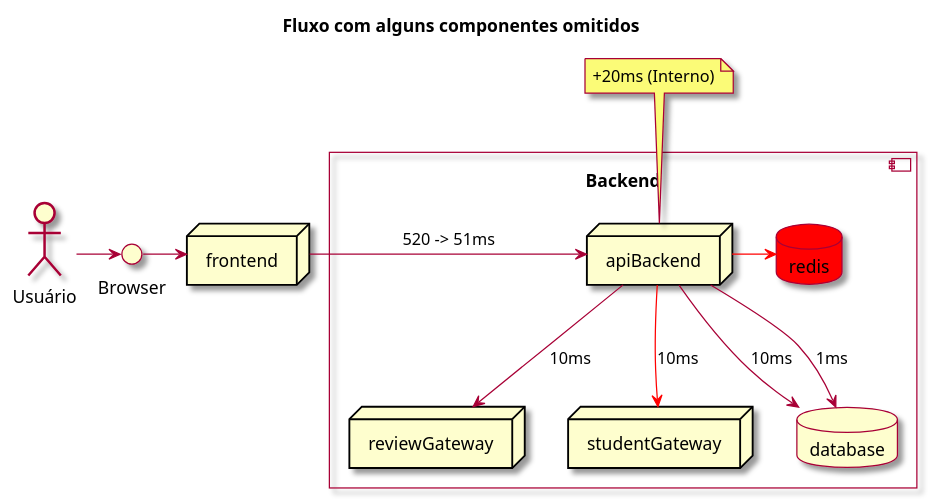
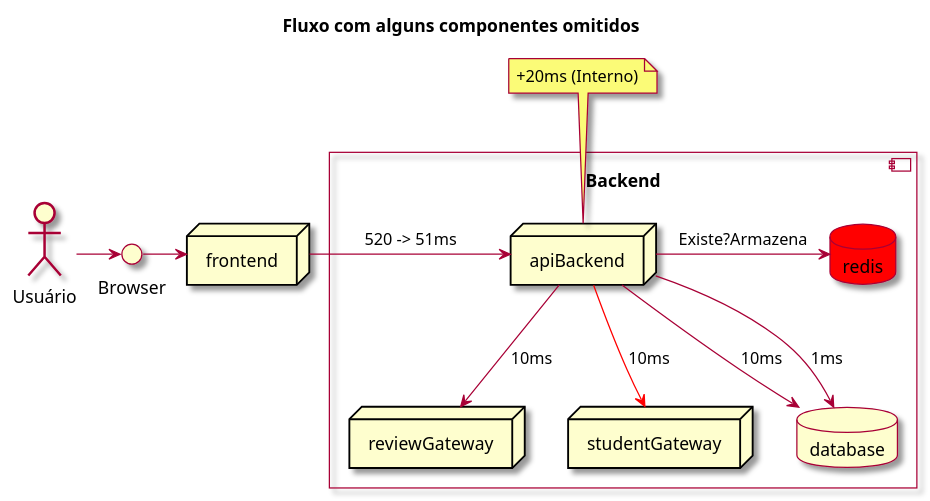
One commit to charlesardsilva/lecture-cache-content changed the diagram in docs/diagrams/request-sem-cdn-com-cache.plantuml. Above: the diagram before and after it, drawn with PlantUML. The commit also changed 1 other file, not shown here.

Commit message:
Update diagram

```diff
--- a/docs/diagrams/request-sem-cdn-com-cache.plantuml
+++ b/docs/diagrams/request-sem-cdn-com-cache.plantuml
@@ -1,32 +1,32 @@
 @startuml
 
 skin rose
 
 Title: Fluxo com alguns componentes omitidos
 
 actor "Usuário" as actor
 interface "Browser" as browser
 node frontend
 
 actor -> browser
 browser -> frontend
 
 component "Backend\n" {
 
   node "apiBackend" as backend
   node reviewGateway as reviewGateway
   node studentGateway as studentGateway
   database database
   database redis as redis  #red
 
+  backend -> redis: Existe?Armazena
   backend --> database: 10ms
   backend --> database: 1ms
   backend --> reviewGateway: 10ms
   backend --> studentGateway #red: 10ms
-  backend -> redis #red
 }
 
 frontend -> backend: 520 -> 51ms
 note top of backend: +20ms (Interno)
 
 @enduml
```
